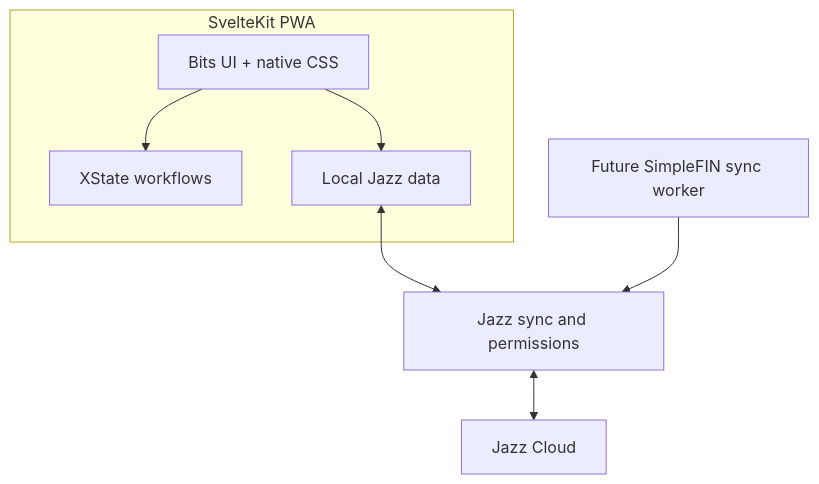
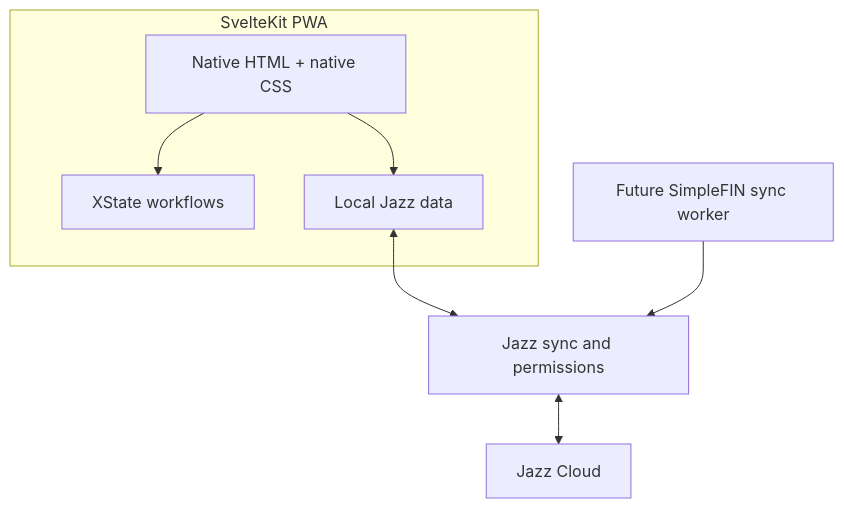
Before and after one commit to delightful-labs/delightful-finances: the diagram in specs/001-finance-mvp/plan.md, drawn with Mermaid. The commit also changed other lines of this file and 105 other files, not shown here.

````diff
--- a/specs/001-finance-mvp/plan.md
+++ b/specs/001-finance-mvp/plan.md
@@ -34,16 +34,16 @@
 ```mermaid
 flowchart TB
   subgraph client [SvelteKit PWA]
-    UI[Bits UI + native CSS]
+    UI[Native HTML + native CSS]
     Flow[XState workflows]
     Local[Local Jazz data]
   end
   Sync[Jazz sync and permissions]
   Cloud[Jazz Cloud]
   Worker[Future SimpleFIN sync worker]
   UI --> Local
   UI --> Flow
   Local <--> Sync
   Sync <--> Cloud
   Worker --> Sync
 ```
````
